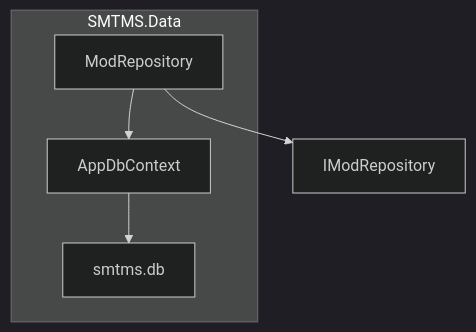
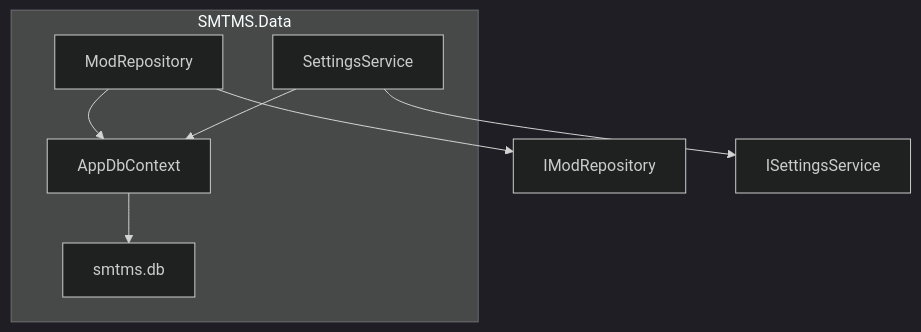
One commit to Sisyphean-a/SMTMS changed the third of 11 diagrams in docs/ARCHITECTURE.md. Above: the diagram before and after it, drawn with Mermaid (dark theme). The commit also changed other lines of this file and 18 other files, not shown here.

````diff
--- a/docs/ARCHITECTURE.md
+++ b/docs/ARCHITECTURE.md
@@ -96,9 +97,11 @@
 ```mermaid
 flowchart TD
     subgraph SMTMS_Data[SMTMS.Data]
         AppDb["AppDbContext"] --> Sqlite["smtms.db"]
         ModRepo["ModRepository"] --> AppDb
+        SettingsSvc["SettingsService"] --> AppDb
     end
 
     ModRepo --> IModRepository["IModRepository"]
+    SettingsSvc --> ISettingsService["ISettingsService"]
 ```
````
